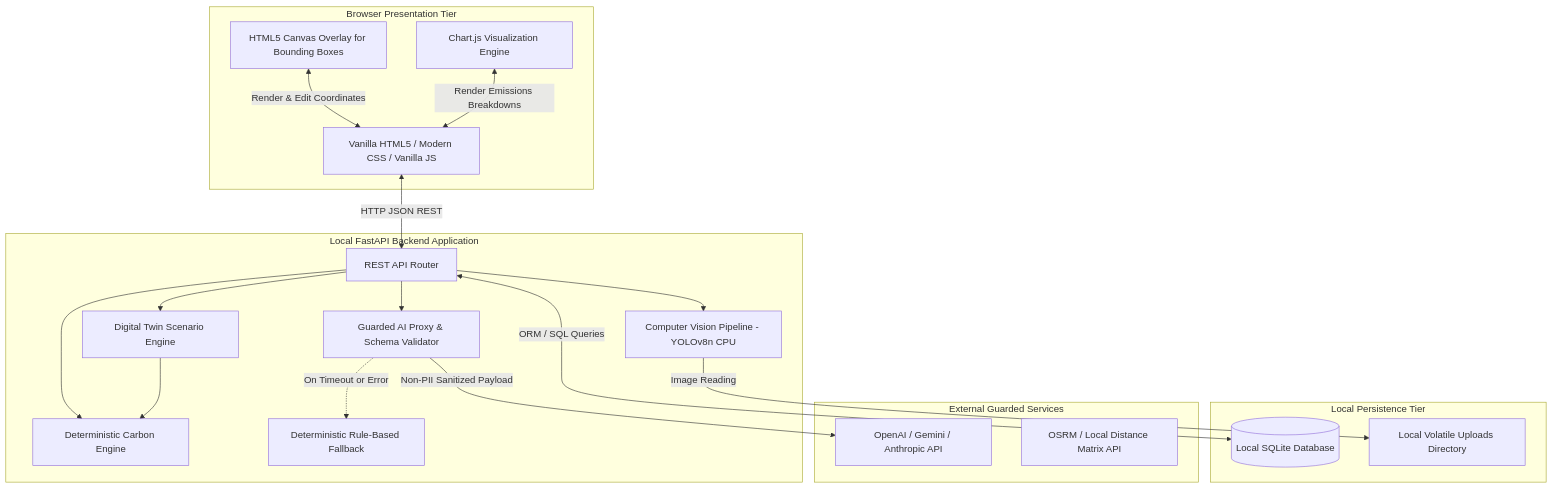
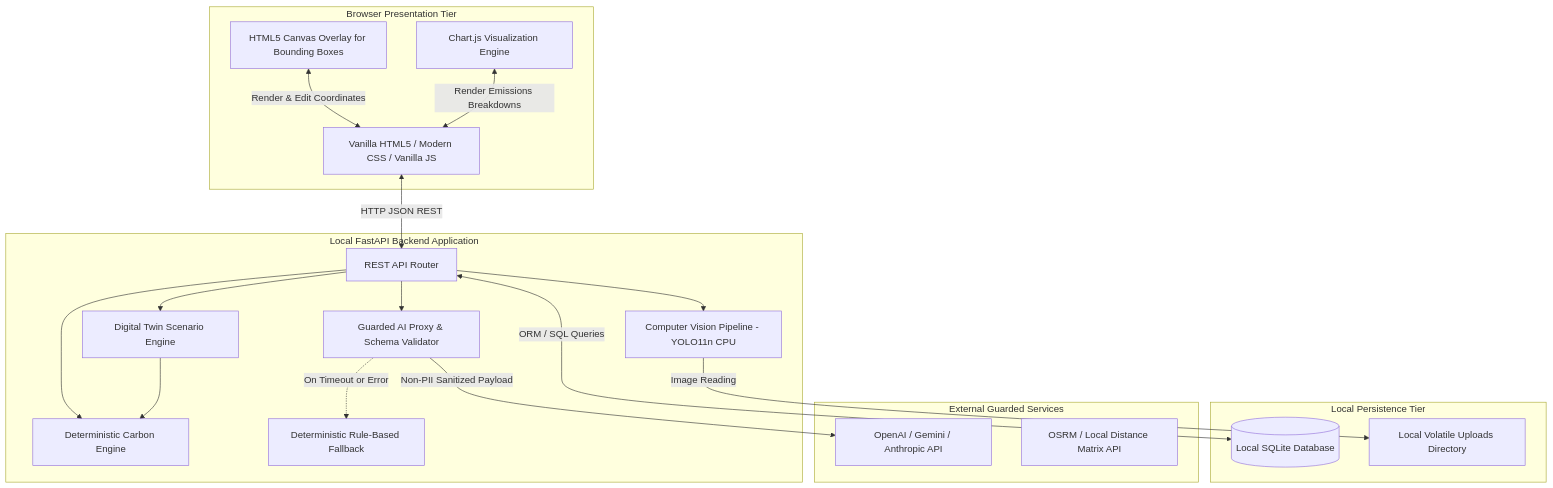
Before and after one commit to ManojR-cs/CarboSync: the first of 3 diagrams in TraceTwin_Documentation/SPECIFICATIONS.md, drawn with Mermaid. The commit also changed other lines of this file and 10 other files, not shown here.

````diff
--- a/TraceTwin_Documentation/SPECIFICATIONS.md
+++ b/TraceTwin_Documentation/SPECIFICATIONS.md
@@ -17,40 +17,40 @@
 ```mermaid
 graph TB
     subgraph Client [Browser Presentation Tier]
         UI[Vanilla HTML5 / Modern CSS / Vanilla JS]
         Canvas[HTML5 Canvas Overlay for Bounding Boxes]
         Charts[Chart.js Visualization Engine]
     end
 
     subgraph Server [Local FastAPI Backend Application]
         Router[REST API Router]
-        CVModule[Computer Vision Pipeline - YOLOv8n CPU]
+        CVModule[Computer Vision Pipeline - YOLO11n CPU]
         CalcEngine[Deterministic Carbon Engine]
         TwinEngine[Digital Twin Scenario Engine]
         GuardProxy[Guarded AI Proxy & Schema Validator]
         FallbackEngine[Deterministic Rule-Based Fallback]
     end
 
     subgraph Storage [Local Persistence Tier]
         DB[(Local SQLite Database)]
         StaticStore[Local Volatile Uploads Directory]
     end
 
     subgraph External [External Guarded Services]
         LLMAPI[OpenAI / Gemini / Anthropic API]
         RoutingAPI[OSRM / Local Distance Matrix API]
     end
 
     UI <-->|HTTP JSON REST| Router
     Canvas <-->|Render & Edit Coordinates| UI
     Charts <-->|Render Emissions Breakdowns| UI
     Router --> CVModule
     Router --> CalcEngine
     Router --> TwinEngine
     Router --> GuardProxy
     GuardProxy -->|Non-PII Sanitized Payload| LLMAPI
     GuardProxy -.->|On Timeout or Error| FallbackEngine
     CVModule -->|Image Reading| StaticStore
     Router <-->|ORM / SQL Queries| DB
     TwinEngine --> CalcEngine
 ```
````
